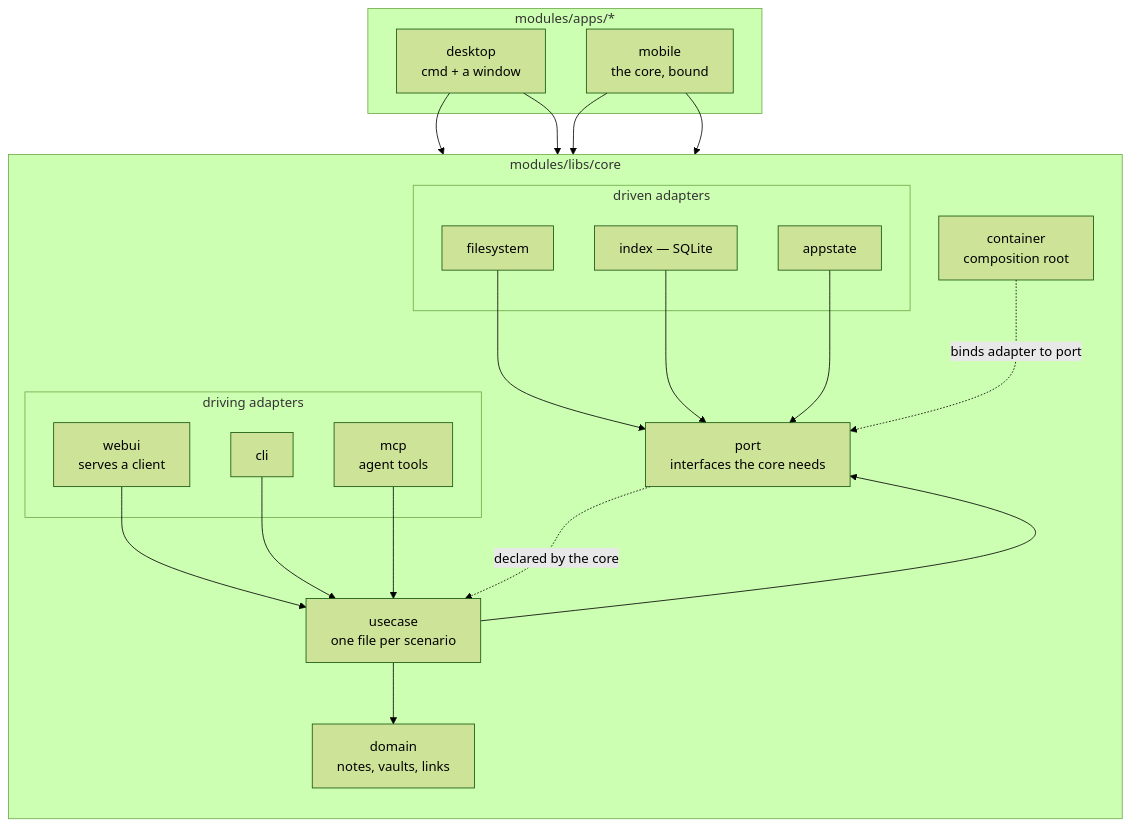
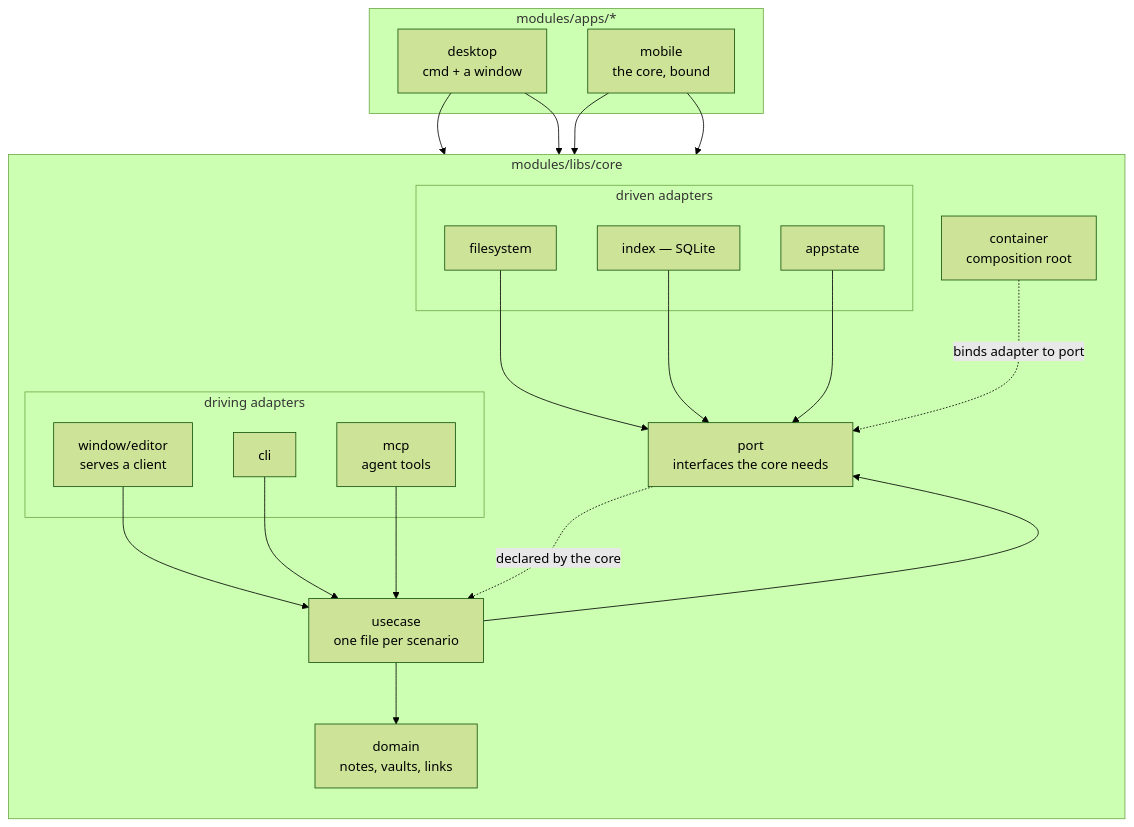
One commit to jiva-studio/numen changed the diagram in docs/adr/0004-a-hexagonal-core-in-go.md. Above: the diagram before and after it, drawn with Mermaid (forest theme). The commit also changed other lines of this file and 242 other files, not shown here.

````diff
--- a/docs/adr/0004-a-hexagonal-core-in-go.md
+++ b/docs/adr/0004-a-hexagonal-core-in-go.md
@@ -20,40 +20,40 @@
 ```mermaid
 graph TD
     subgraph apps["modules/apps/*"]
         DK["desktop<br/>cmd + a window"]
         MB["mobile<br/>the core, bound"]
     end
 
     subgraph core["modules/libs/core"]
         direction TB
         subgraph driving["driving adapters"]
-            W["webui<br/>serves a client"]
+            W["window/editor<br/>serves a client"]
             C["cli"]
             M["mcp<br/>agent tools"]
         end
         P["port<br/>interfaces the core needs"]
         U["usecase<br/>one file per scenario"]
         D["domain<br/>notes, vaults, links"]
         CN["container<br/>composition root"]
         subgraph driven["driven adapters"]
             F["filesystem"]
             I["index — SQLite"]
             A["appstate"]
         end
     end
 
     DK --> CN
     MB --> CN
     DK --> W
     MB --> W
     W --> U
     C --> U
     M --> U
     U --> D
     U --> P
     P -.declared by the core.-> U
     F --> P
     I --> P
     A --> P
     CN -.binds adapter to port.-> P
 ```
````
